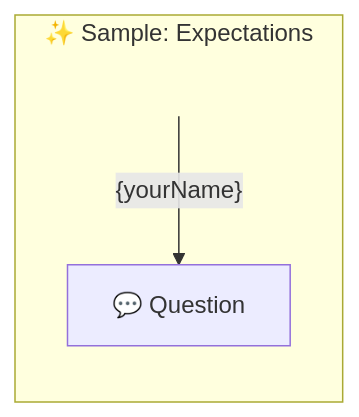
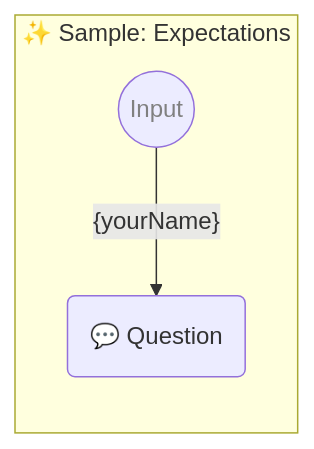
One commit to webgptorg/promptbook changed the diagram in samples/templates/45-expectations.ptbk.md. Above: the diagram before and after it, drawn with Mermaid. The commit also changed 19 other files, not shown here.

Commit message:
Auto-generated Mermaid graphs of promptboks

````diff
--- a/samples/templates/45-expectations.ptbk.md
+++ b/samples/templates/45-expectations.ptbk.md
@@ -9,16 +9,16 @@
 ```mermaid
 %% 🔮 Tip: Open this on GitHub or in the VSCode website to see the Mermaid graph visually
 
 flowchart LR
   subgraph "✨ Sample: Expectations"
 
       direction TB
 
-      input[<!--Input-->]:::hidden
-      templateQuestion[💬 Question]
+      input((Input)):::input
+      templateQuestion(💬 Question)
       input--"{yourName}"-->templateQuestion
 
-      classDef hidden visibility: hidden;
+      classDef input color: grey;
 
   end;
 ```
````
